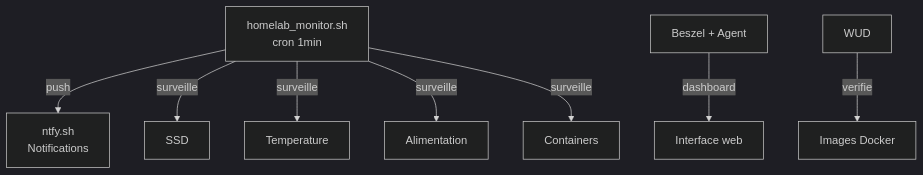
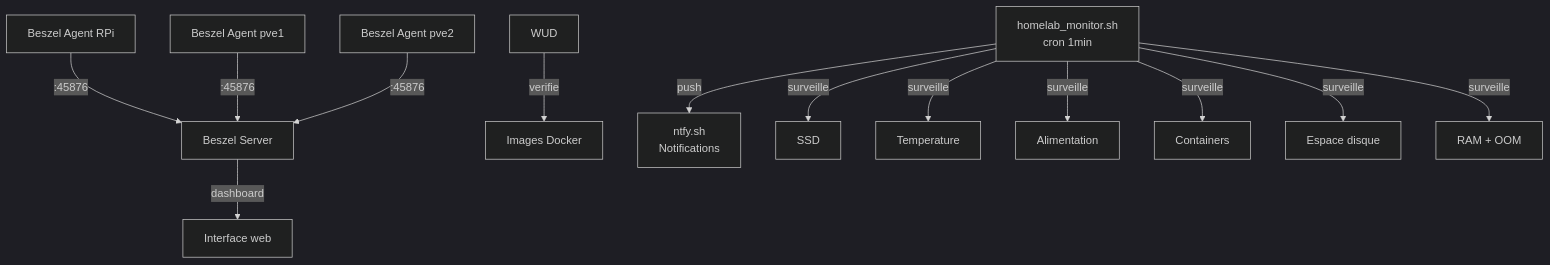
Before and after one commit to GabinSMD/homelab-doc: the diagram in docs/infrastructure/monitoring.md, drawn with Mermaid (dark theme). The commit also changed other lines of this file and 7 other files, not shown here.

````diff
--- a/docs/infrastructure/monitoring.md
+++ b/docs/infrastructure/monitoring.md
@@ -5,11 +5,17 @@
 ```mermaid
 graph TD
     Script[homelab_monitor.sh<br/>cron 1min] -->|push| Ntfy[ntfy.sh<br/>Notifications]
-    Beszel[Beszel + Agent] -->|dashboard| Web[Interface web]
+    Beszel[Beszel Server] -->|dashboard| Web[Interface web]
     WUD[WUD] -->|verifie| Docker[Images Docker]
     
     Script -->|surveille| SSD[SSD]
     Script -->|surveille| Temp[Temperature]
     Script -->|surveille| Power[Alimentation]
     Script -->|surveille| Containers[Containers]
+    Script -->|surveille| Disk[Espace disque]
+    Script -->|surveille| RAM[RAM + OOM]
+
+    Agent1[Beszel Agent RPi] -->|:45876| Beszel
+    Agent2[Beszel Agent pve1] -->|:45876| Beszel
+    Agent3[Beszel Agent pve2] -->|:45876| Beszel
 ```
````
